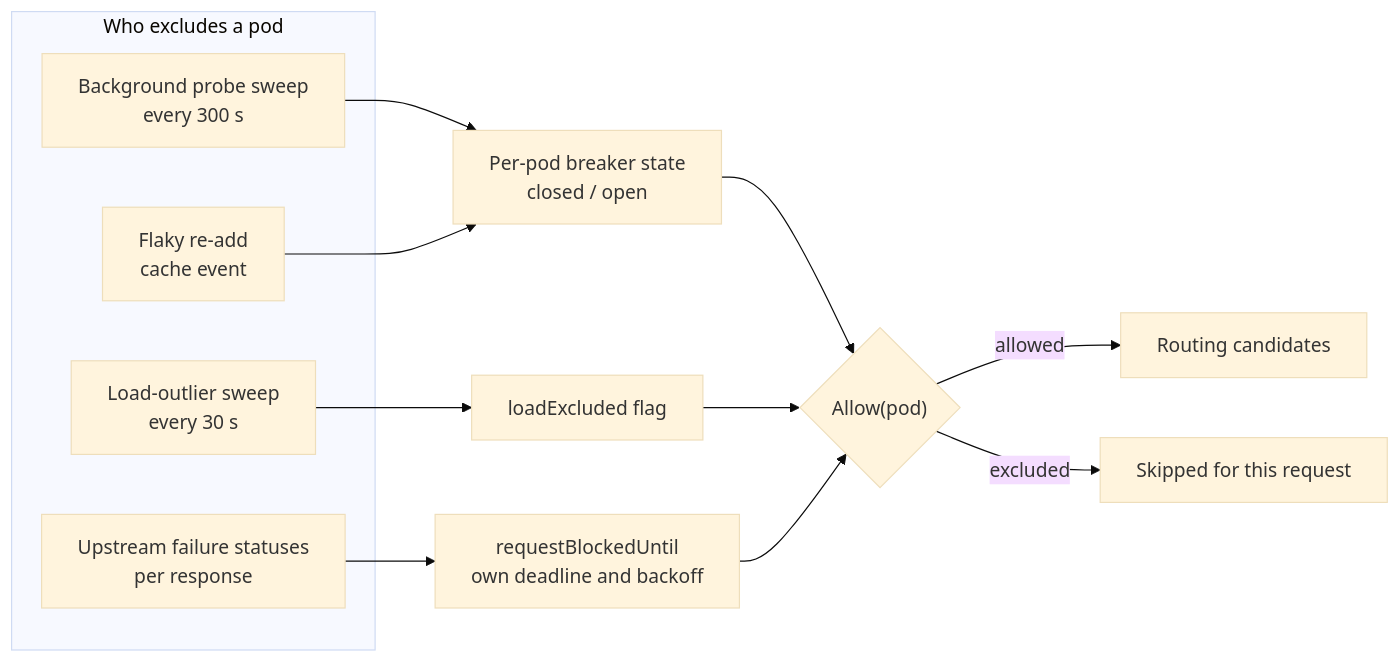
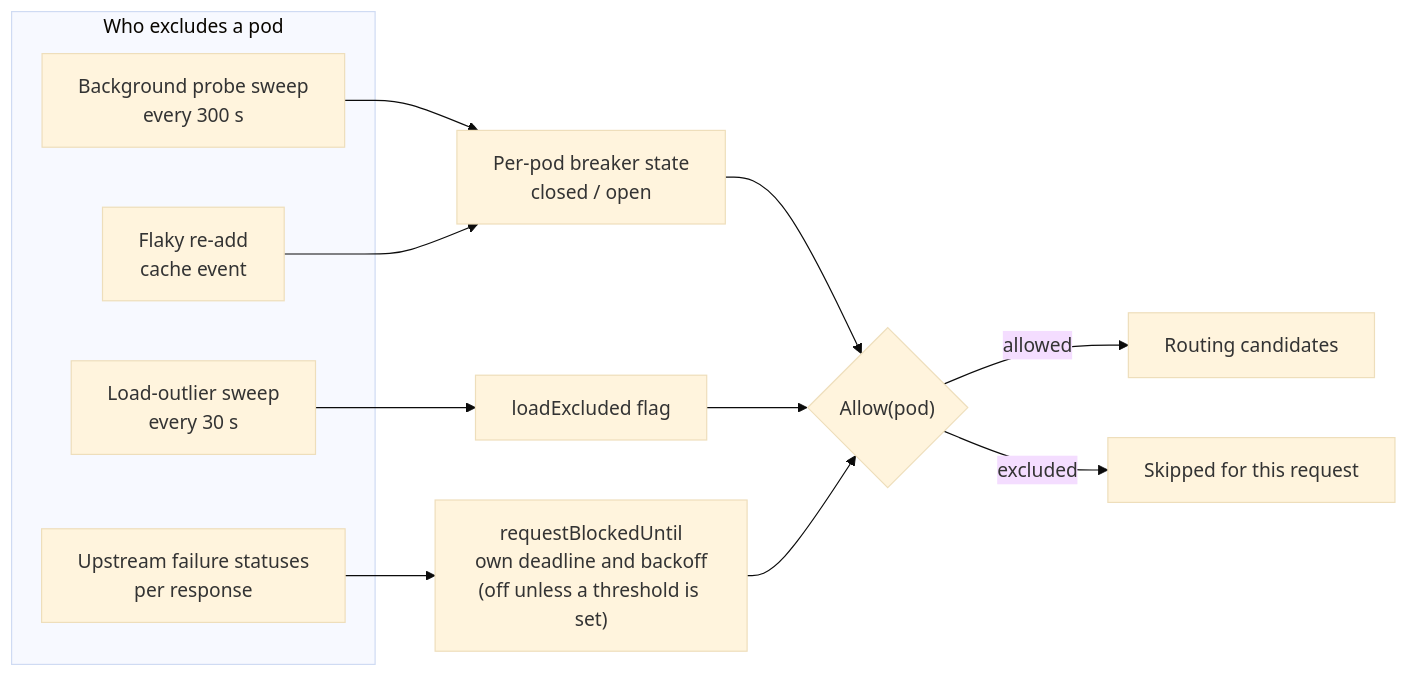
One commit to vllm-project/aibrix changed the first of 4 diagrams in pkg/plugins/gateway/blacklist/README.md. Above: the diagram before and after it, drawn with Mermaid (base theme). The commit also changed other lines of this file and 8 other files, not shown here.

````diff
--- a/pkg/plugins/gateway/blacklist/README.md
+++ b/pkg/plugins/gateway/blacklist/README.md
@@ -51,18 +51,18 @@
 ```mermaid
 flowchart LR
     subgraph sources["Who excludes a pod"]
         B["Background probe sweep<br/>every 300 s"]
         D["Flaky re-add<br/>cache event"]
         C["Load-outlier sweep<br/>every 30 s"]
         E["Upstream failure statuses<br/>per response"]
     end
     B --> S["Per-pod breaker state<br/>closed / open"]
     D --> S
     C --> L["loadExcluded flag"]
-    E --> Q["requestBlockedUntil<br/>own deadline and backoff"]
+    E --> Q["requestBlockedUntil<br/>own deadline and backoff<br/>(off unless a threshold is set)"]
     S --> G{"Allow(pod)"}
     L --> G
     Q --> G
     G -->|allowed| R["Routing candidates"]
     G -->|excluded| X["Skipped for this request"]
 ```
````
